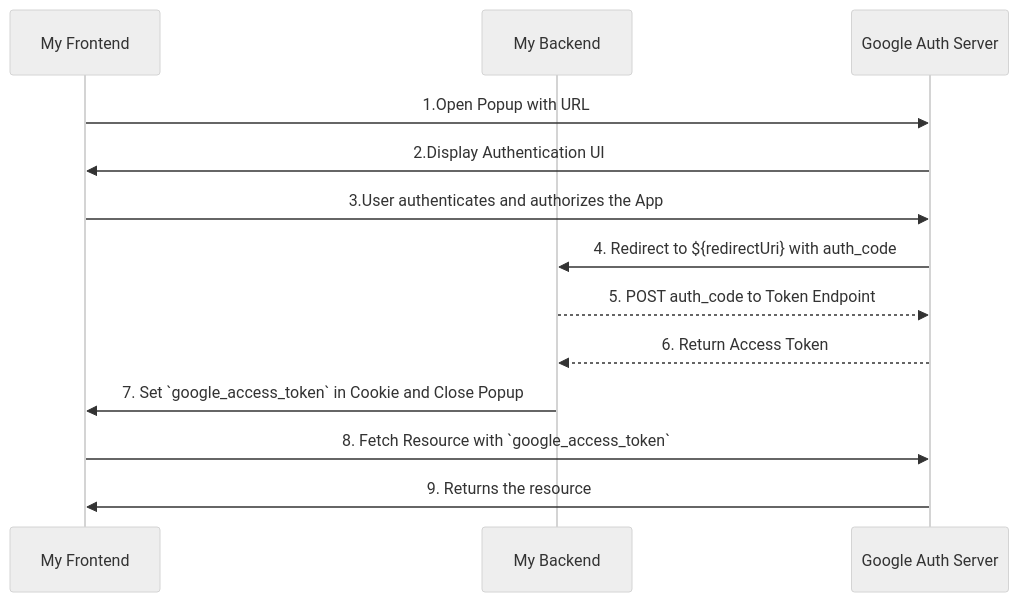
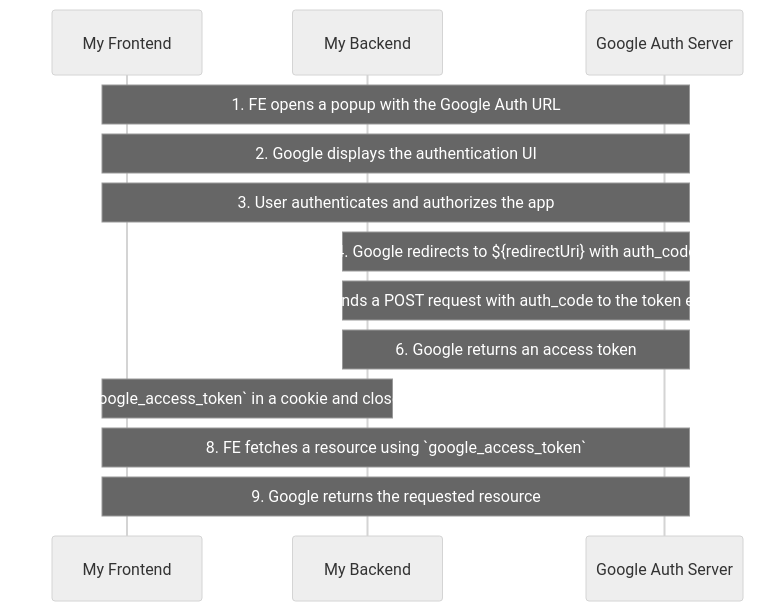
The diagram in README.md (asgarov1/oauth2-demo), drawn with Mermaid (neutral theme) before and after one commit. The commit also changed other lines of this file and 5 other files, not shown here.

````diff
--- a/README.md
+++ b/README.md
@@ -53,16 +53,16 @@
 ```mermaid
 sequenceDiagram
     participant FE as My Frontend
     participant BE as My Backend
     participant Google as Google Auth Server
 
-    FE->>Google: 1.Open Popup with URL
-    Google->>FE: 2.Display Authentication UI
-    FE->>Google: 3.User authenticates and authorizes the App
-    Google->>BE: 4. Redirect to ${redirectUri} with auth_code
-    BE-->>Google: 5. POST auth_code to Token Endpoint
-    Google-->>BE: 6. Return Access Token
-    BE->>FE: 7. Set `google_access_token` in Cookie and Close Popup
-    FE->>Google: 8. Fetch Resource with `google_access_token`
-    Google->>FE: 9. Returns the resource
+    Note over FE,Google: 1. FE opens a popup with the Google Auth URL
+    Note over Google,FE: 2. Google displays the authentication UI
+    Note over FE,Google: 3. User authenticates and authorizes the app
+    Note over Google,BE: 4. Google redirects to ${redirectUri} with auth_code
+    Note over BE,Google: 5. BE sends a POST request with auth_code to the token endpoint
+    Note over Google,BE: 6. Google returns an access token
+    Note over BE,FE: 7. BE sets `google_access_token` in a cookie and closes the popup
+    Note over FE,Google: 8. FE fetches a resource using `google_access_token`
+    Note over Google,FE: 9. Google returns the requested resource
 ```
````
